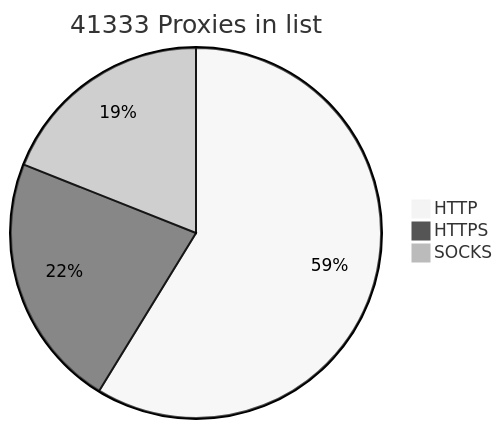
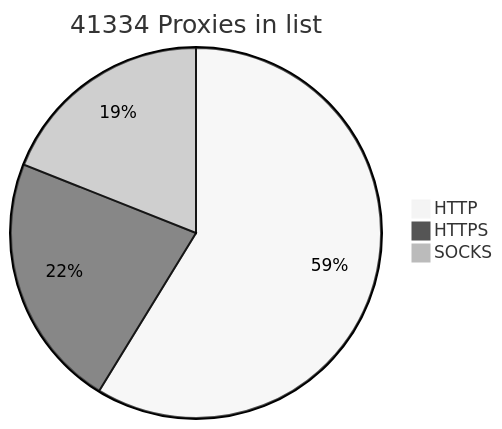
One commit to BlackSnowDot/proxylist-update-every-minute changed the diagram in README.md. Above: the diagram before and after it, drawn with Mermaid (neutral theme).

````diff
--- a/README.md
+++ b/README.md
@@ -2,6 +2,6 @@
 ```mermaid
-pie title 41333 Proxies in list
+pie title 41334 Proxies in list
     "HTTP" : 28497
     "HTTPS": 10796
-    "SOCKS" : 9205
+    "SOCKS" : 9206
 ```
````
